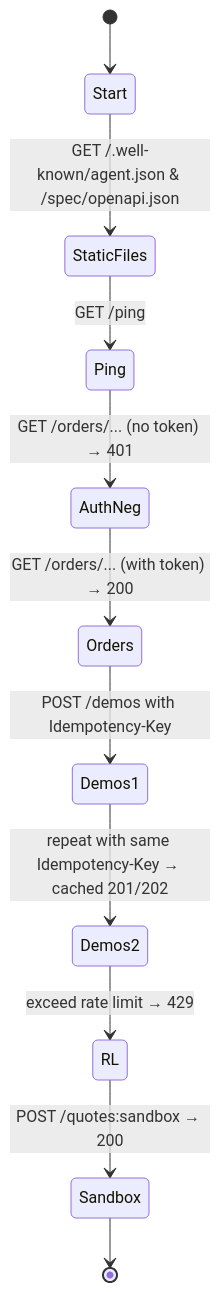
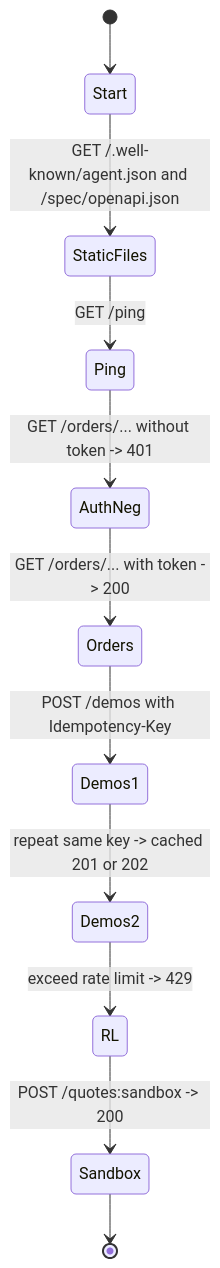
One commit to redroostertech/Actions.txt changed the tenth of 10 diagrams in docs/ARCHITECTURE.md. Above: the diagram before and after it, drawn with Mermaid. The commit also changed other lines of this file, not shown here.

Commit message:
Fixing architecture diagrams.

````diff
--- a/docs/ARCHITECTURE.md
+++ b/docs/ARCHITECTURE.md
@@ -298,13 +306,13 @@
 ```mermaid
 stateDiagram-v2
   [*] --> Start
-  Start --> StaticFiles: GET /.well-known/agent.json & /spec/openapi.json
+  Start --> StaticFiles: GET /.well-known/agent.json and /spec/openapi.json
   StaticFiles --> Ping: GET /ping
-  Ping --> AuthNeg: GET /orders/... (no token) → 401
-  AuthNeg --> Orders: GET /orders/... (with token) → 200
+  Ping --> AuthNeg: GET /orders/... without token -> 401
+  AuthNeg --> Orders: GET /orders/... with token -> 200
   Orders --> Demos1: POST /demos with Idempotency-Key
-  Demos1 --> Demos2: repeat with same Idempotency-Key → cached 201/202
-  Demos2 --> RL: exceed rate limit → 429
-  RL --> Sandbox: POST /quotes:sandbox → 200
+  Demos1 --> Demos2: repeat same key -> cached 201 or 202
+  Demos2 --> RL: exceed rate limit -> 429
+  RL --> Sandbox: POST /quotes:sandbox -> 200
   Sandbox --> [*]
 ```
````
